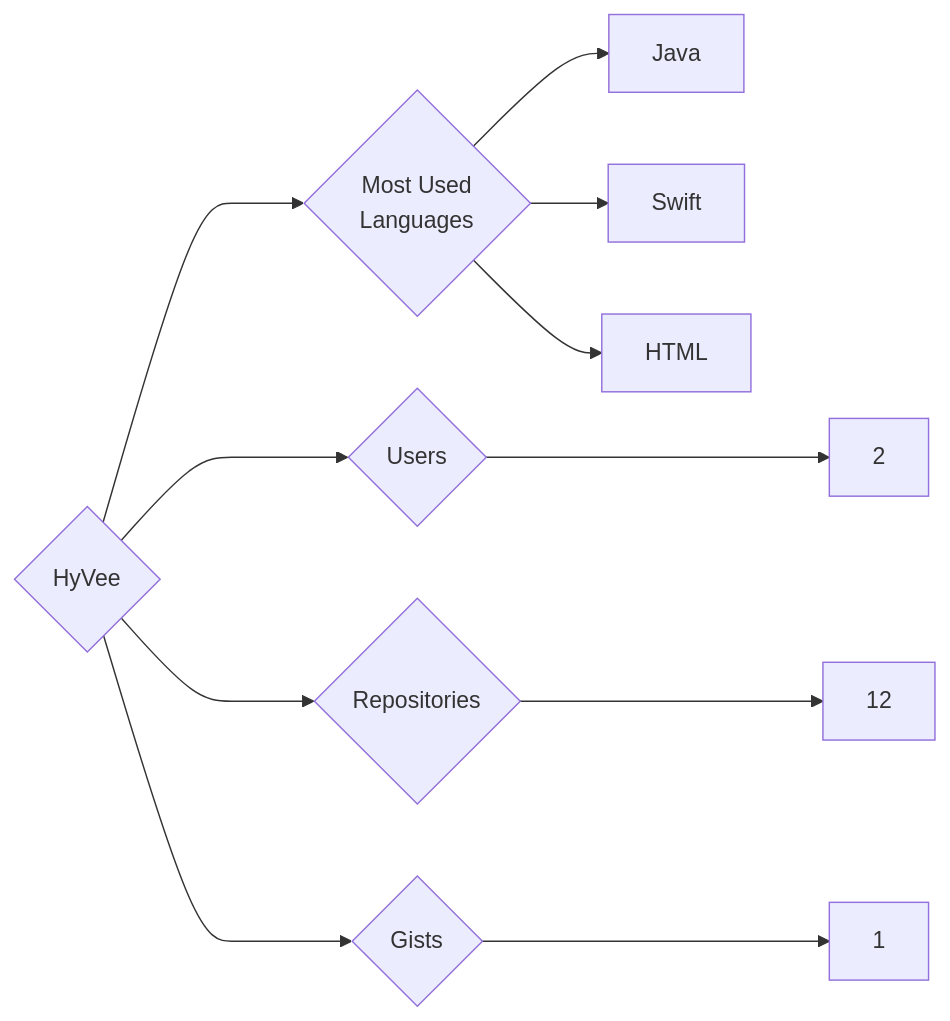
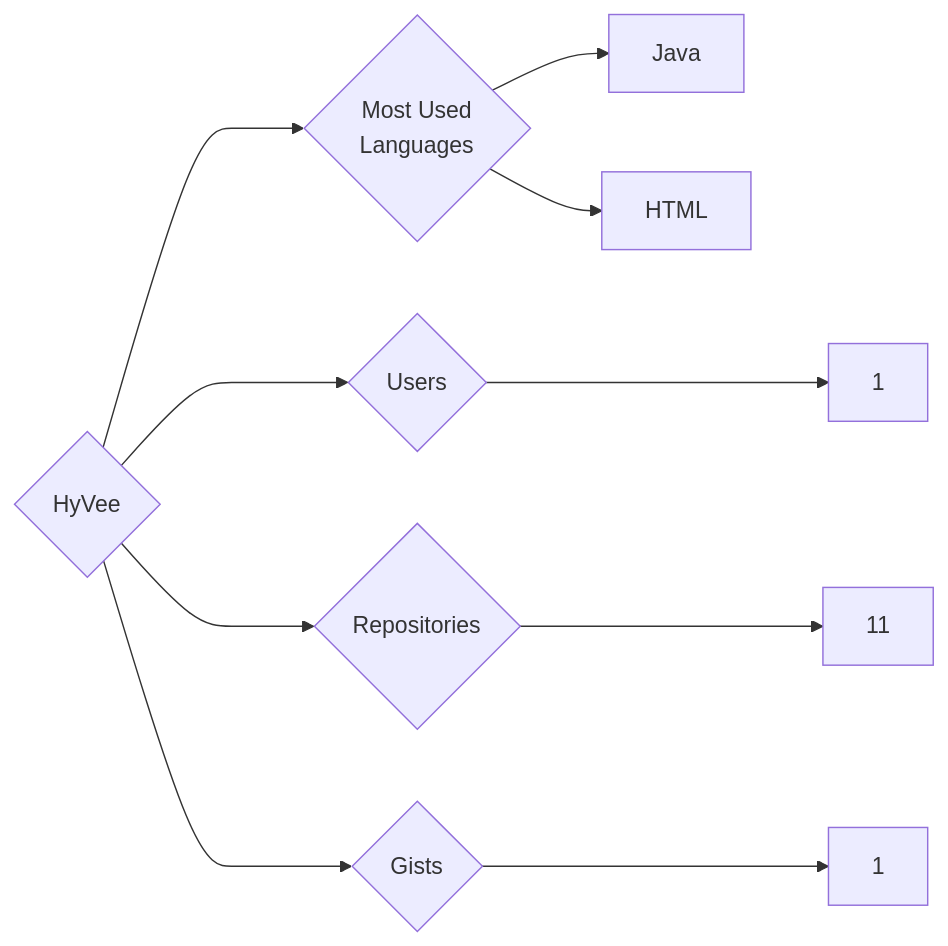
Before and after one commit to trickest/insiders: the diagram in targets/HyVee/README.md, drawn with Mermaid. The commit also changed 865 other files, not shown here.

````diff
--- a/targets/HyVee/README.md
+++ b/targets/HyVee/README.md
@@ -3,11 +3,10 @@
 ```mermaid
 graph LR
 COMPANY_NAME{HyVee}
-COMPANY_NAME ---> U{Users} ---> UN[2]
-COMPANY_NAME ---> R{Repositories} ---> RN[12]
+COMPANY_NAME ---> U{Users} ---> UN[1]
+COMPANY_NAME ---> R{Repositories} ---> RN[11]
 COMPANY_NAME ---> G{Gists} ---> GN[1]
 COMPANY_NAME ---> ML{Most Used<br>Languages}
 ML --> Java[Java]
-ML --> Swift[Swift]
 ML --> HTML[HTML]
 ```
````
